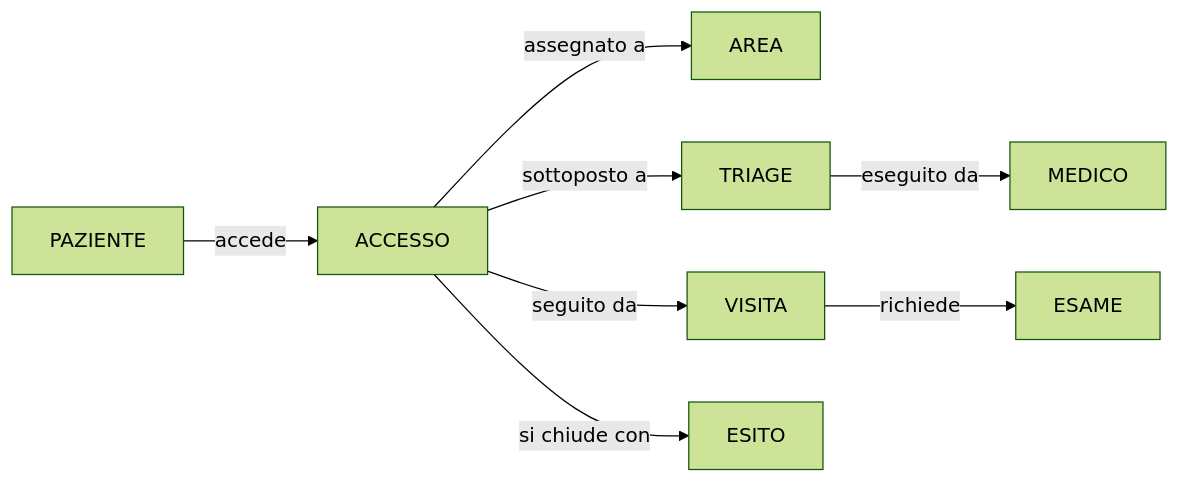
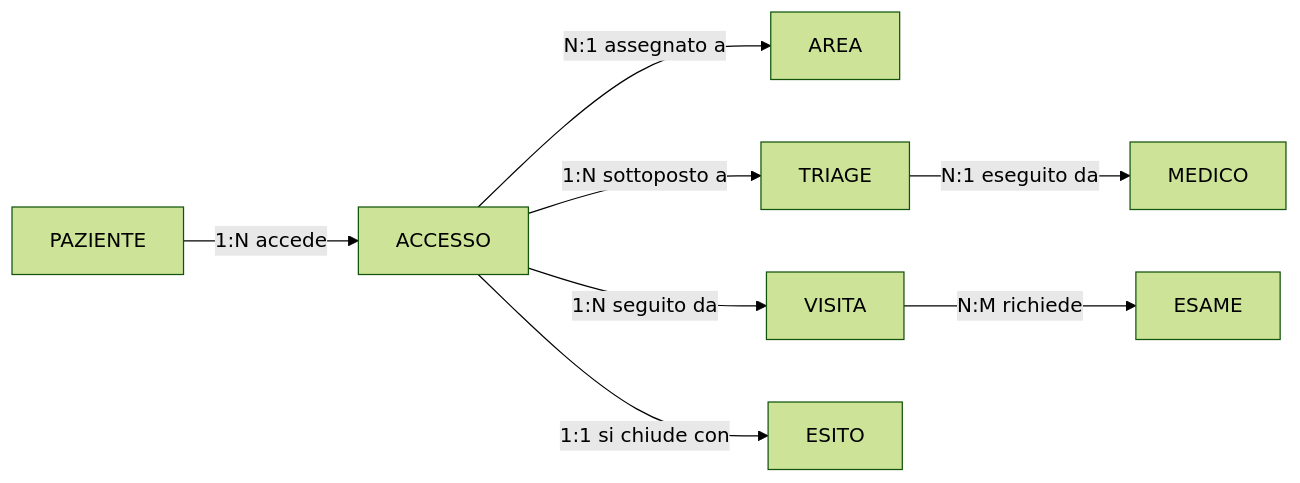
One commit to lucadagati/Lab_Fondamenti_di_Informatica_25_26 changed the third of 4 diagrams in 08-progettazione-er/esercizi/05-esercizio-pronto-soccorso.md. Above: the diagram before and after it, drawn with Mermaid (forest theme). The commit also changed other lines of this file and 60 other files, not shown here.

Commit message:
Add Chen ER step-by-step draw.io diagrams and fix layout

````diff
--- a/08-progettazione-er/esercizi/05-esercizio-pronto-soccorso.md
+++ b/08-progettazione-er/esercizi/05-esercizio-pronto-soccorso.md
@@ -69,10 +69,10 @@
 ```mermaid
 flowchart LR
-    P[PAZIENTE] -->|accede| A[ACCESSO]
-    A -->|assegnato a| AR[AREA]
-    A -->|sottoposto a| T[TRIAGE]
-    T -->|eseguito da| M[MEDICO]
-    A -->|seguito da| V[VISITA]
-    V -->|richiede| E[ESAME]
-    A -->|si chiude con| ES[ESITO]
+    P[PAZIENTE] -->|1:N accede| A[ACCESSO]
+    A -->|N:1 assegnato a| AR[AREA]
+    A -->|1:N sottoposto a| T[TRIAGE]
+    T -->|N:1 eseguito da| M[MEDICO]
+    A -->|1:N seguito da| V[VISITA]
+    V -->|N:M richiede| E[ESAME]
+    A -->|1:1 si chiude con| ES[ESITO]
 ```
````
